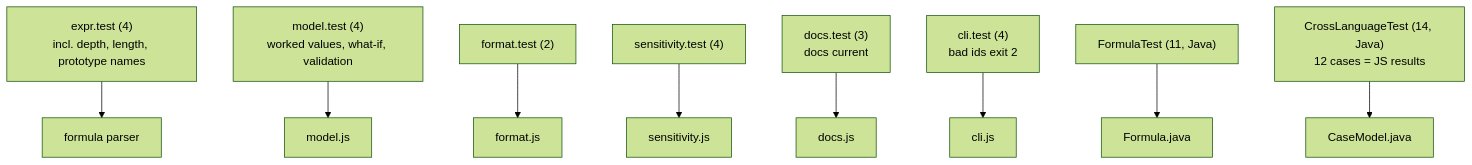
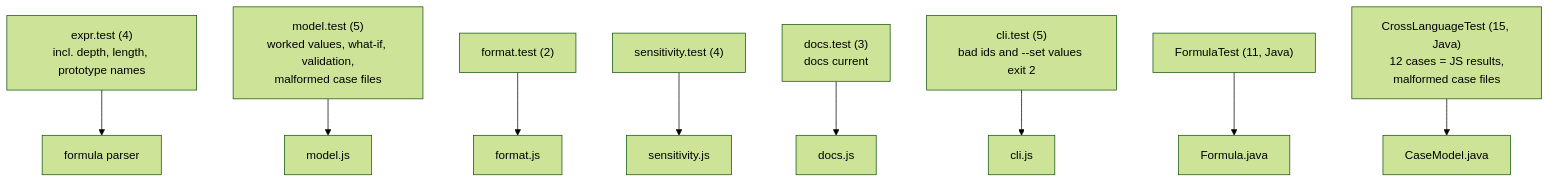
Before and after one commit to EquinoxWN/system-design-casebook: the second of 2 diagrams in README.md, drawn with Mermaid (forest theme). The commit also changed other lines of this file and 7 other files, not shown here.

````diff
--- a/README.md
+++ b/README.md
@@ -123,11 +124,11 @@
 ```mermaid
 flowchart TB
   EX["expr.test (4)<br/>incl. depth, length, prototype names"] --> F["formula parser"]
-  M["model.test (4)<br/>worked values, what-if, validation"] --> MO["model.js"]
+  M["model.test (5)<br/>worked values, what-if, validation,<br/>malformed case files"] --> MO["model.js"]
   FO["format.test (2)"] --> FM["format.js"]
   SE["sensitivity.test (4)"] --> SN["sensitivity.js"]
   DO["docs.test (3)<br/>docs current"] --> DC["docs.js"]
-  CL["cli.test (4)<br/>bad ids exit 2"] --> CLI["cli.js"]
+  CL["cli.test (5)<br/>bad ids and --set values exit 2"] --> CLI["cli.js"]
   FT["FormulaTest (11, Java)"] --> JF["Formula.java"]
-  CT["CrossLanguageTest (14, Java)<br/>12 cases = JS results"] --> JC["CaseModel.java"]
+  CT["CrossLanguageTest (15, Java)<br/>12 cases = JS results,<br/>malformed case files"] --> JC["CaseModel.java"]
 ```
````
